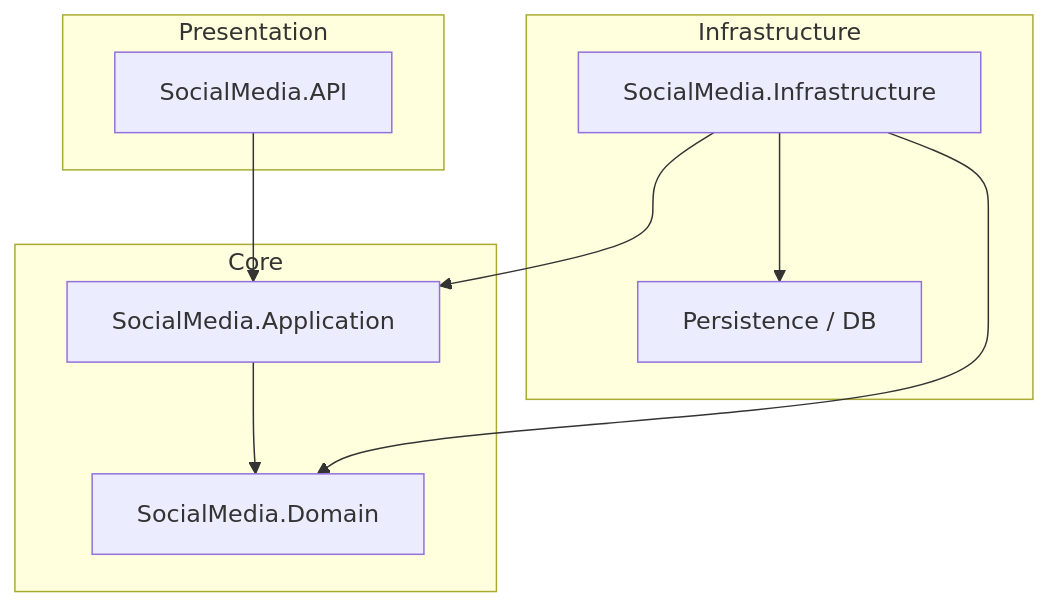
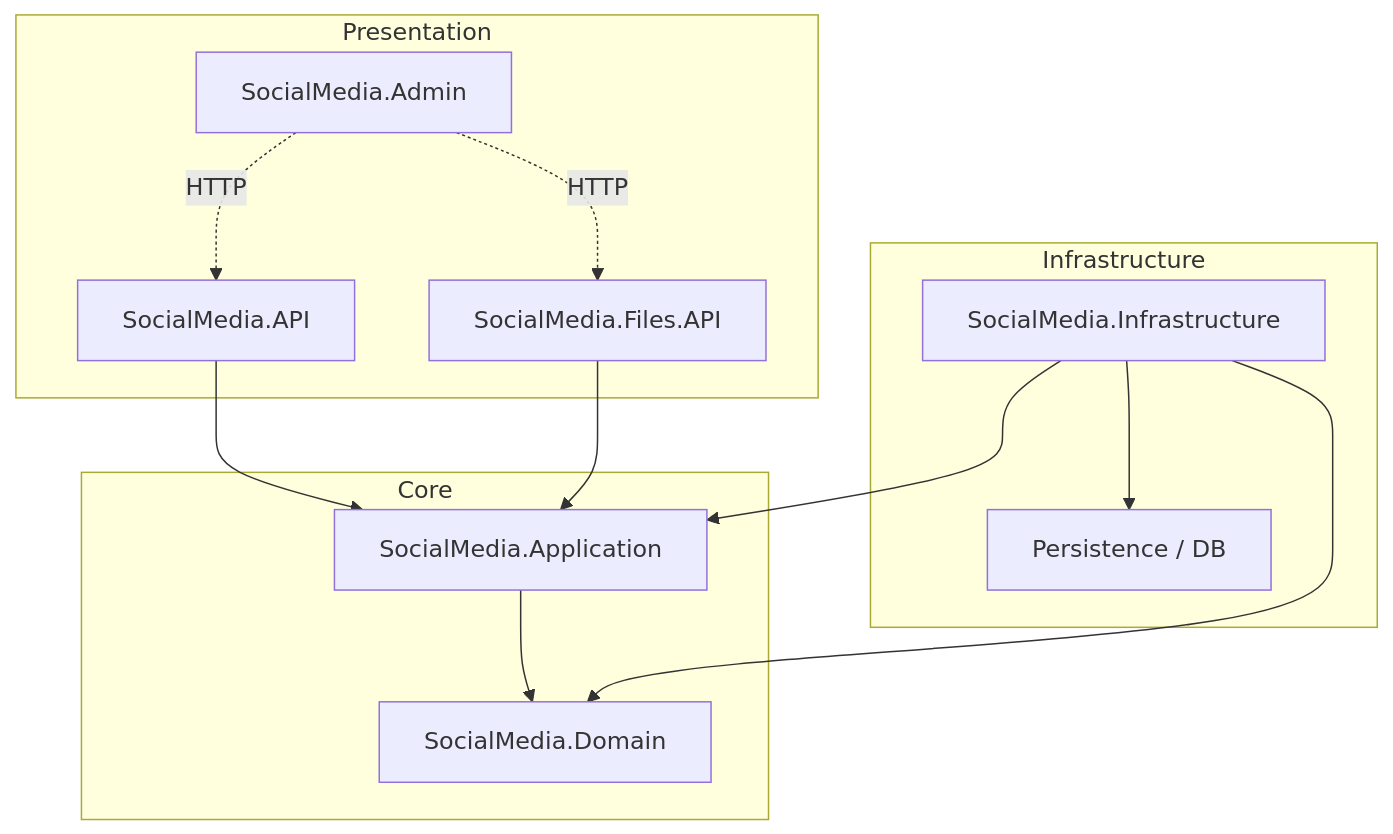
Before and after one commit to SitholeWB/social-media-api: the diagram in README.md, drawn with Mermaid. The commit also changed other lines of this file and 6 other files, not shown here.

````diff
--- a/README.md
+++ b/README.md
@@ -11,22 +11,27 @@
 ```mermaid
 graph TD
     subgraph Core
         Domain[SocialMedia.Domain]
         Application[SocialMedia.Application]
     end
 
     subgraph Infrastructure
         Infra[SocialMedia.Infrastructure]
         Persistence[Persistence / DB]
     end
 
     subgraph Presentation
         API[SocialMedia.API]
+        FilesAPI[SocialMedia.Files.API]
+        Admin[SocialMedia.Admin]
     end
 
     API --> Application
+    FilesAPI --> Application
+    Admin -.->|HTTP| API
+    Admin -.->|HTTP| FilesAPI
     Application --> Domain
     Infra --> Application
     Infra --> Domain
     Infra --> Persistence
 ```
````
